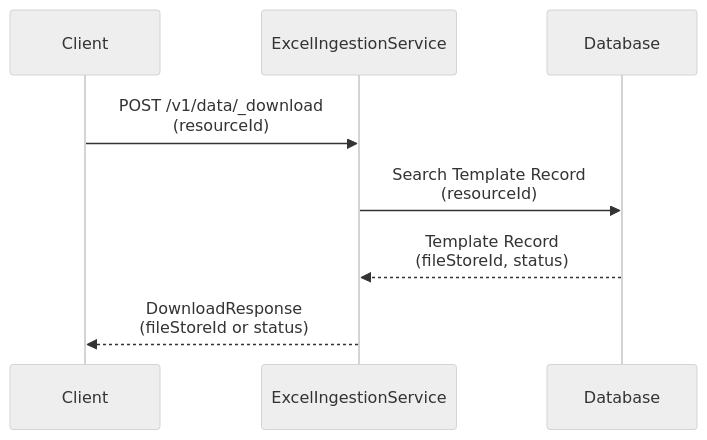
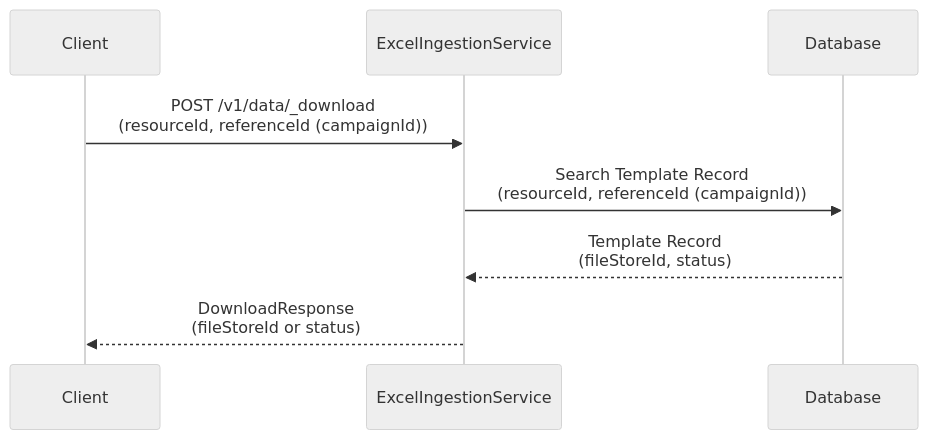
One commit to ashish-egov/campaign-whole-sheet-ingestion changed the fourth of 5 diagrams in tempDesign.md. Above: the diagram before and after it, drawn with Mermaid (neutral theme). The commit also changed other lines of this file, not shown here.

````diff
--- a/tempDesign.md
+++ b/tempDesign.md
@@ -152,13 +152,13 @@
 ```mermaid
 sequenceDiagram
     participant Client
     participant ExcelIngestionService
     participant Database
     
-    Client->>ExcelIngestionService: POST /v1/data/_download<br/>(resourceId)
+    Client->>ExcelIngestionService: POST /v1/data/_download<br/>(resourceId, referenceId (campaignId))
     
-    ExcelIngestionService->>Database: Search Template Record<br/>(resourceId)
+    ExcelIngestionService->>Database: Search Template Record<br/>(resourceId, referenceId (campaignId))
     Database-->>ExcelIngestionService: Template Record<br/>(fileStoreId, status)
     
     ExcelIngestionService-->>Client: DownloadResponse<br/>(fileStoreId or status)
 ```
````
